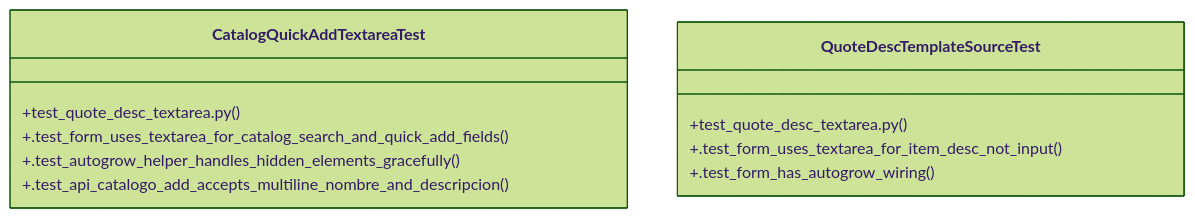
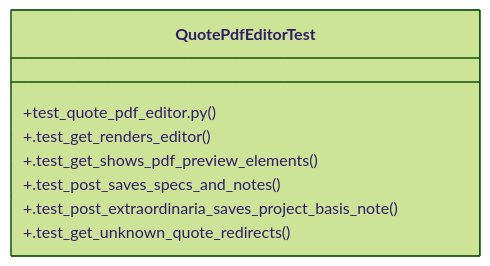
The diagram in graphify-out/wiki/Community_31.md (Daftrick/ProjectTracker), drawn with Mermaid (forest theme) before and after one commit. The commit also changed other lines of this file and 419 other files, not shown here.

First line of the commit message:
feat: editor PDF para LDM con preview visual en split-view

````diff
--- a/graphify-out/wiki/Community_31.md
+++ b/graphify-out/wiki/Community_31.md
@@ -19,14 +19,11 @@
 ```mermaid
 classDiagram
-    class CatalogQuickAddTextareaTest {
-        +test_quote_desc_textarea.py()
-        +.test_form_uses_textarea_for_catalog_search_and_quick_add_fields()
-        +.test_autogrow_helper_handles_hidden_elements_gracefully()
-        +.test_api_catalogo_add_accepts_multiline_nombre_and_descripcion()
-    }
-    class QuoteDescTemplateSourceTest {
-        +test_quote_desc_textarea.py()
-        +.test_form_uses_textarea_for_item_desc_not_input()
-        +.test_form_has_autogrow_wiring()
+    class QuotePdfEditorTest {
+        +test_quote_pdf_editor.py()
+        +.test_get_renders_editor()
+        +.test_get_shows_pdf_preview_elements()
+        +.test_post_saves_specs_and_notes()
+        +.test_post_extraordinaria_saves_project_basis_note()
+        +.test_get_unknown_quote_redirects()
     }
 ```
````
